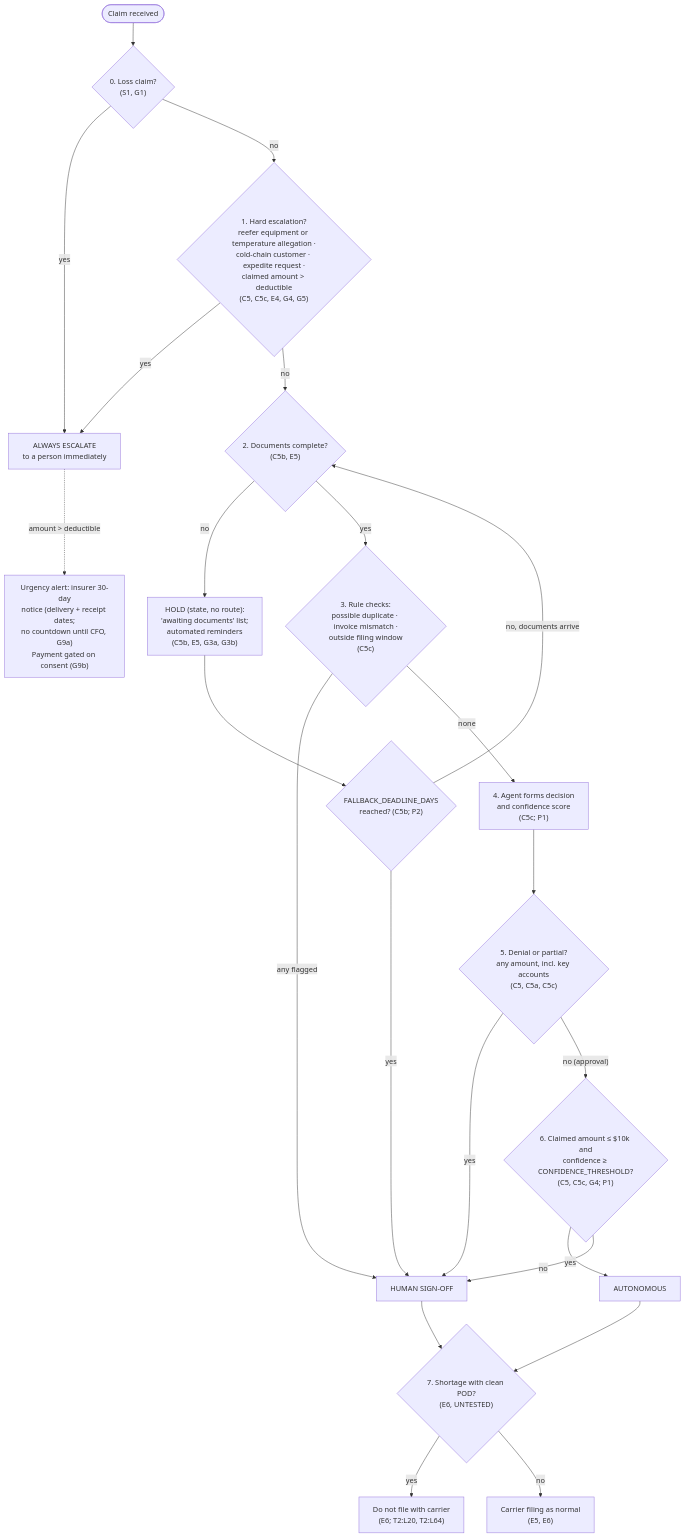
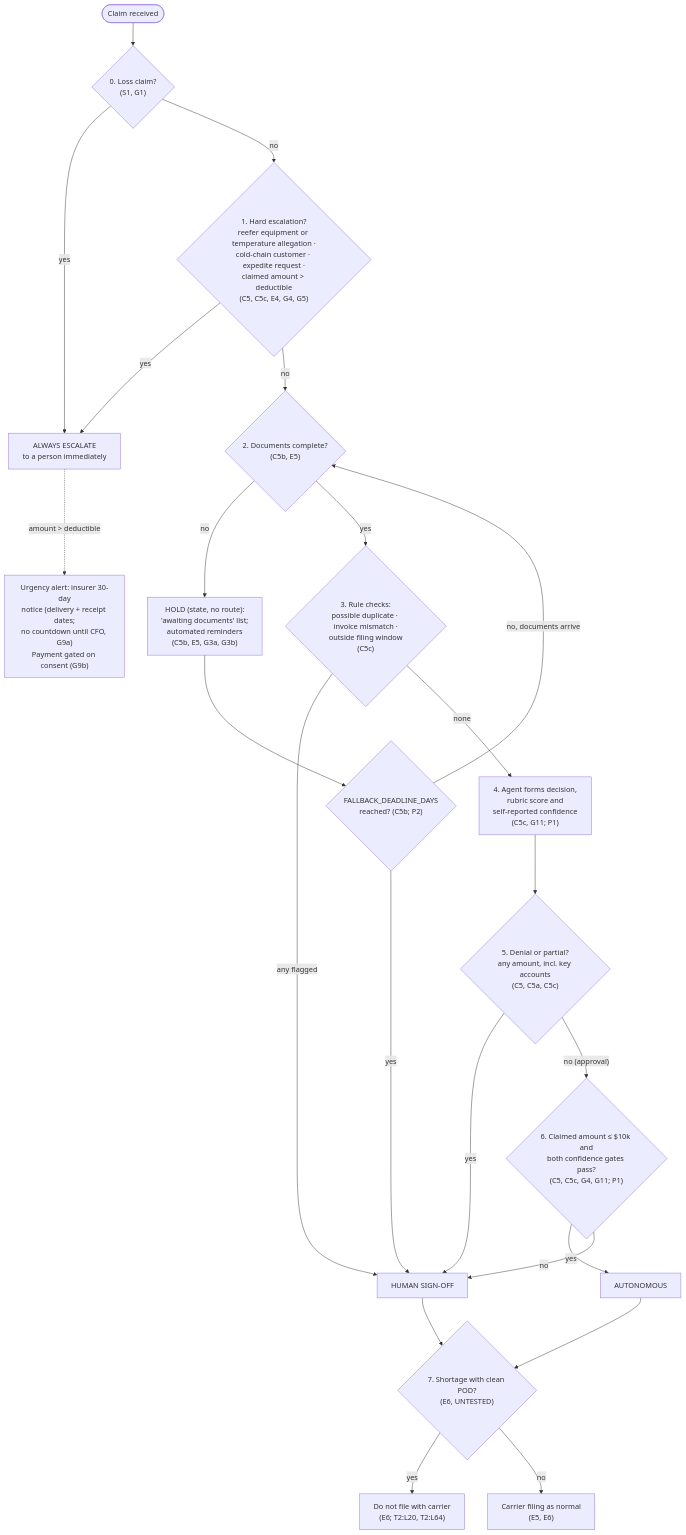
One commit to ahmadmadar/process-to-agent changed the diagram in engagement/02-redesign/decision-tree.md. Above: the diagram before and after it, drawn with Mermaid. The commit also changed other lines of this file and 6 other files, not shown here.

First line of the commit message:
docs: rule on re-routing (G10), confidence gates (G11) and withdrawals (G12)

````diff
--- a/engagement/02-redesign/decision-tree.md
+++ b/engagement/02-redesign/decision-tree.md
@@ -19,25 +19,25 @@
 ```mermaid
 flowchart TD
     IN(["Claim received"]) --> S0{"0. Loss claim?<br/>(S1, G1)"}
     S0 -- yes --> ESC
     S0 -- no --> S1{"1. Hard escalation?<br/>reefer equipment or temperature allegation ·<br/>cold-chain customer · expedite request ·<br/>claimed amount > deductible<br/>(C5, C5c, E4, G4, G5)"}
     S1 -- yes --> ESC["ALWAYS ESCALATE<br/>to a person immediately"]
     ESC -. "amount > deductible" .-> ALERT["Urgency alert: insurer 30-day<br/>notice (delivery + receipt dates;<br/>no countdown until CFO, G9a)<br/>Payment gated on consent (G9b)"]
     S1 -- no --> S2{"2. Documents complete?<br/>(C5b, E5)"}
     S2 -- no --> HOLD["HOLD (state, no route):<br/>'awaiting documents' list;<br/>automated reminders<br/>(C5b, E5, G3a, G3b)"]
     HOLD --> S2D{"FALLBACK_DEADLINE_DAYS<br/>reached? (C5b; P2)"}
     S2D -- "no, documents arrive" --> S2
     S2D -- yes --> SIGN["HUMAN SIGN-OFF"]
     S2 -- yes --> S3{"3. Rule checks:<br/>possible duplicate · invoice mismatch ·<br/>outside filing window<br/>(C5c)"}
     S3 -- any flagged --> SIGN
-    S3 -- none --> S4["4. Agent forms decision<br/>and confidence score<br/>(C5c; P1)"]
+    S3 -- none --> S4["4. Agent forms decision,<br/>rubric score and<br/>self-reported confidence<br/>(C5c, G11; P1)"]
     S4 --> S5{"5. Denial or partial?<br/>any amount, incl. key accounts<br/>(C5, C5a, C5c)"}
     S5 -- yes --> SIGN
-    S5 -- "no (approval)" --> S6{"6. Claimed amount ≤ $10k and<br/>confidence ≥ CONFIDENCE_THRESHOLD?<br/>(C5, C5c, G4; P1)"}
+    S5 -- "no (approval)" --> S6{"6. Claimed amount ≤ $10k and<br/>both confidence gates pass?<br/>(C5, C5c, G4, G11; P1)"}
     S6 -- yes --> AUTO["AUTONOMOUS"]
     S6 -- no --> SIGN
     AUTO --> S7{"7. Shortage with clean POD?<br/>(E6, UNTESTED)"}
     SIGN --> S7
     S7 -- yes --> NOFILE["Do not file with carrier<br/>(E6; T2:L20, T2:L64)"]
     S7 -- no --> FILE["Carrier filing as normal<br/>(E5, E6)"]
 ```
````
